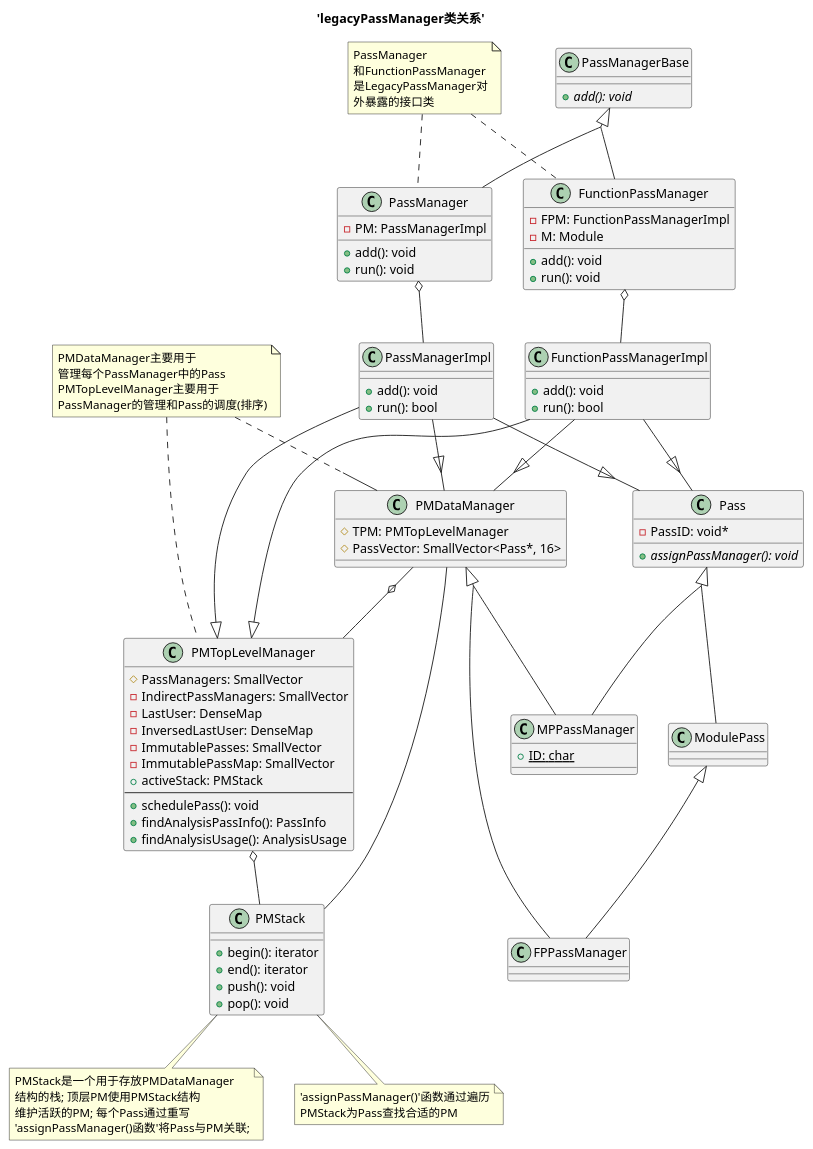
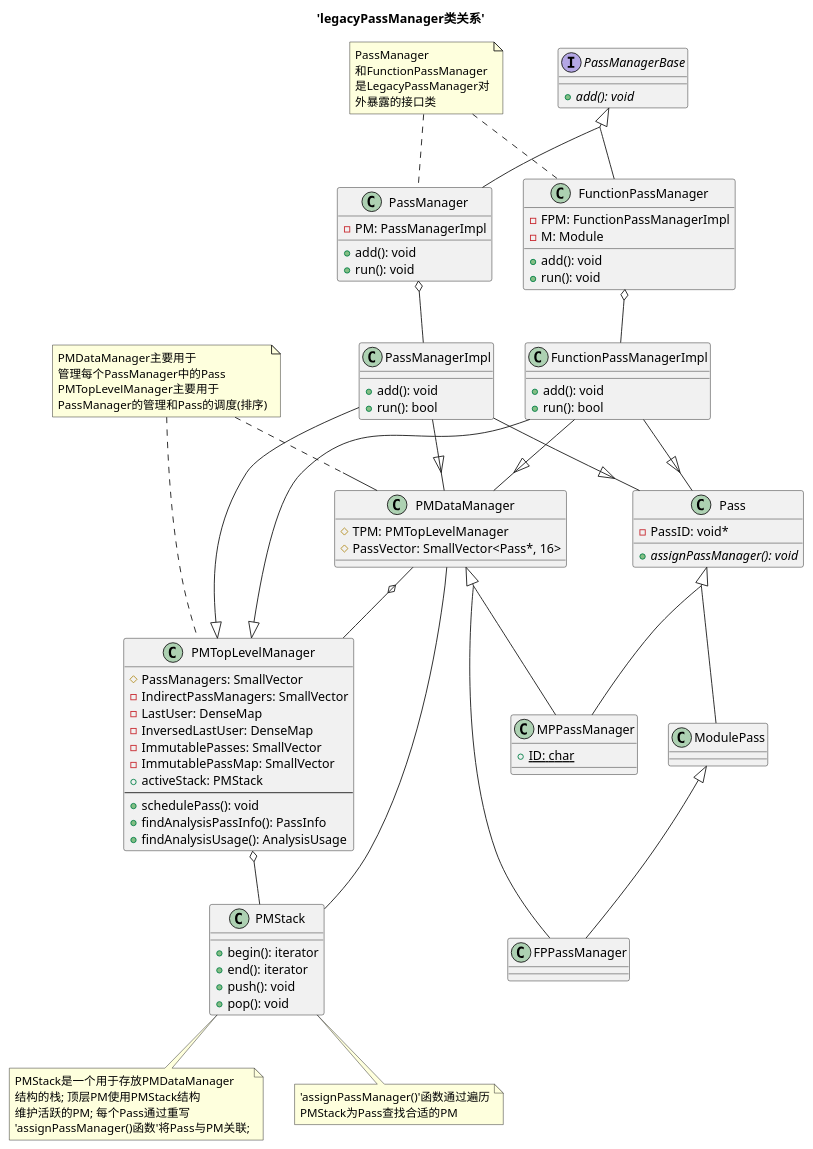
One commit to Jayson-du/ZPU_summary changed the diagram in chapter_2/plantuml/inheritance.wsd. Above: the diagram before and after it, drawn with PlantUML. The commit also changed 2 other files, not shown here.

Commit message:
build: learn legacy pass manager

```diff
--- a/chapter_2/plantuml/inheritance.wsd
+++ b/chapter_2/plantuml/inheritance.wsd
@@ -1,162 +1,165 @@
 @startuml
 
 title 'legacyPassManager类关系'
 
 skinparam groupInheritance 2
 
 top to bottom direction
 
 ' 类定义
 
-class PassManagerBase {
+' Pass管理器抽象接口
+interface PassManagerBase {
   {abstract} +add(): void
 }
 
 together {
 
+  ' legacy PassManager管理FunctionPass
   class FunctionPassManager {
     + add(): void
     + run(): void
     - FPM: FunctionPassManagerImpl
     - M: Module
   }
 
+  ' legacy PassManager管理ModulePassManager
   class PassManager {
     + add(): void
     + run(): void
     - PM: PassManagerImpl
   }
 
 }
 
 together {
 
   class PassManagerImpl {
     + add(): void
     + run(): bool
   }
 
   class FunctionPassManagerImpl {
     + add(): void
     + run(): bool
   }
 
 }
 
 
 ' -----*------
 together {
 
   class PMStack {
     + begin(): iterator
     + end(): iterator
     + push(): void
     + pop(): void
   }
 
   class PMDataManager {
     # TPM: PMTopLevelManager
     # PassVector: SmallVector<Pass*, 16>
   }
 
   class PMTopLevelManager {
     # PassManagers: SmallVector
     - IndirectPassManagers: SmallVector
     - LastUser: DenseMap
     - InversedLastUser: DenseMap
     - ImmutablePasses: SmallVector
     - ImmutablePassMap: SmallVector
     + activeStack: PMStack
     ----
     + schedulePass(): void
     + findAnalysisPassInfo(): PassInfo
     + findAnalysisUsage(): AnalysisUsage
   }
 
 }
 
 class Pass {
   - PassID: void*
   {abstract} + assignPassManager(): void
 }
 
 together {
 
   class ModulePass {
 
   }
 
   class FPPassManager {
 
   }
 
 }
 
 class MPPassManager {
   {static} + ID: char
 }
 
 
 ' *****************
 ' ***** 类关系 *****
 ' *****************
 
 ' PassManagerBase类关系
 PassManagerBase                     <|-down-                  PassManager
 PassManagerBase                     <|-down-                  FunctionPassManager
 
 ' PassManager类关系
 PassManager                         o-down-                   PassManagerImpl
 
 ' PassManagerImpl类关系
 PassManagerImpl                     -down-|>                  PMTopLevelManager
 PassManagerImpl                     -down-|>                  PMDataManager
 PassManagerImpl                     -down-|>                  Pass
 
 ' FunctionPassManager类关系
 FunctionPassManager                 o-down-                   FunctionPassManagerImpl
 
 ' FunctionPassManagerImpl类关系
 FunctionPassManagerImpl             -down-|>                  PMTopLevelManager
 FunctionPassManagerImpl             -down-|>                  PMDataManager
 FunctionPassManagerImpl             -down-|>                  Pass
 
 ' PMTopLevelManager类关系
 PMTopLevelManager                   o-down-                   PMStack
 
 ' PMDataManager类关系
 PMDataManager                       -                         PMStack
 
 ' PMTopLevelManager与PMDataManager之间的关系
 PMDataManager                       o-down-                   PMTopLevelManager
 
 ' ModulePass类关系
 ModulePass                          -up-|>                    Pass
 
 ' FPPassManager类关系
 FPPassManager                       -up-|>                    PMDataManager
 FPPassManager                       -up-|>                    ModulePass
 
 ' MPPassManger类关系
 MPPassManager                       -up-|>                    Pass
 MPPassManager                       -up-|>                    PMDataManager
 
 ' ***** 注释 *****
 note "PassManager\n和FunctionPassManager\n是LegacyPassManager对\n外暴露的接口类" as export_interface
 
 note "PMDataManager主要用于\n管理每个PassManager中的Pass\nPMTopLevelManager主要用于\nPassManager的管理和Pass的调度(排序)" as pm_effect
 
 note "PMStack是一个用于存放PMDataManager\n结构的栈; 顶层PM使用PMStack结构\n维护活跃的PM; 每个Pass通过重写\n'assignPassManager()函数'将Pass与PM关联;" as pmstack_spec_0
 note "'assignPassManager()'函数通过遍历\nPMStack为Pass查找合适的PM" as pmstack_spec_1
 
 ' ***** 注释 *****
 PassManager                       .up.                        export_interface
 FunctionPassManager               .up.                        export_interface
 
 PMDataManager                     .up.                        pm_effect
 PMTopLevelManager                 .up.                        pm_effect
 
 PMStack                           ..                          pmstack_spec_0
 PMStack                           ..                          pmstack_spec_1
 
 @enduml
```
